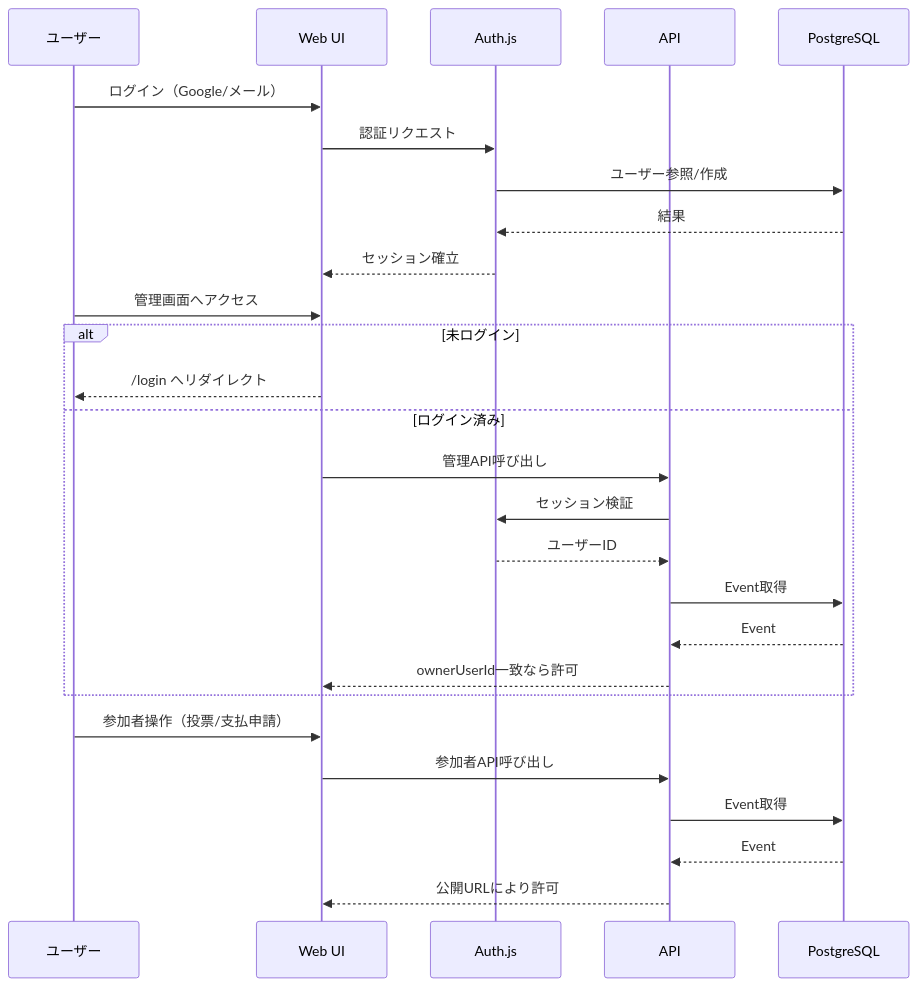
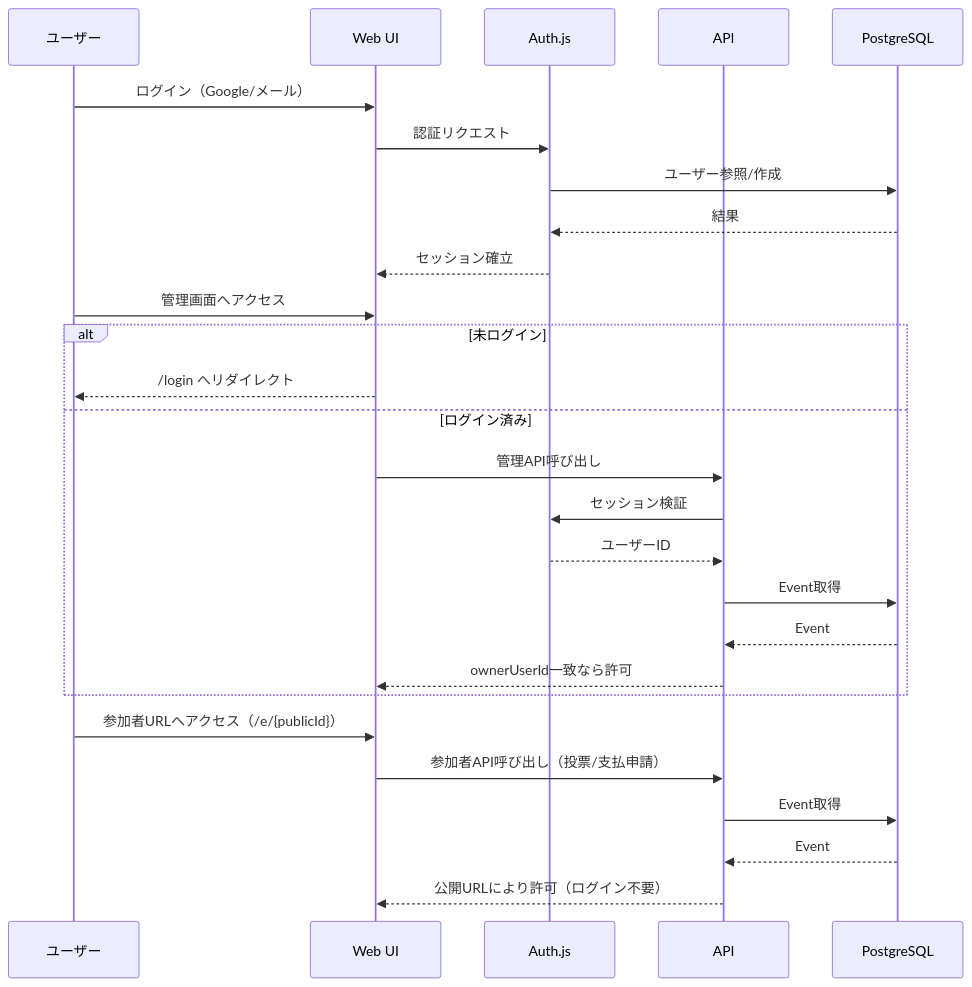
Before and after one commit to tojiinoue/kanjikun: the diagram in docs/diagrams/flow-auth.md, drawn with Mermaid. The commit also changed 48 other files, not shown here.

````diff
--- a/docs/diagrams/flow-auth.md
+++ b/docs/diagrams/flow-auth.md
@@ -3,32 +3,32 @@
 ```mermaid
 sequenceDiagram
   participant U as ユーザー
   participant UI as Web UI
   participant Auth as Auth.js
   participant API as API
   participant DB as PostgreSQL
 
   U->>UI: ログイン（Google/メール）
   UI->>Auth: 認証リクエスト
   Auth->>DB: ユーザー参照/作成
   DB-->>Auth: 結果
   Auth-->>UI: セッション確立
 
   U->>UI: 管理画面へアクセス
   alt 未ログイン
     UI-->>U: /login へリダイレクト
   else ログイン済み
     UI->>API: 管理API呼び出し
     API->>Auth: セッション検証
     Auth-->>API: ユーザーID
     API->>DB: Event取得
     DB-->>API: Event
     API-->>UI: ownerUserId一致なら許可
   end
 
-  U->>UI: 参加者操作（投票/支払申請）
-  UI->>API: 参加者API呼び出し
+  U->>UI: 参加者URLへアクセス（/e/{publicId}）
+  UI->>API: 参加者API呼び出し（投票/支払申請）
   API->>DB: Event取得
   DB-->>API: Event
-  API-->>UI: 公開URLにより許可
+  API-->>UI: 公開URLにより許可（ログイン不要）
 ```
````
